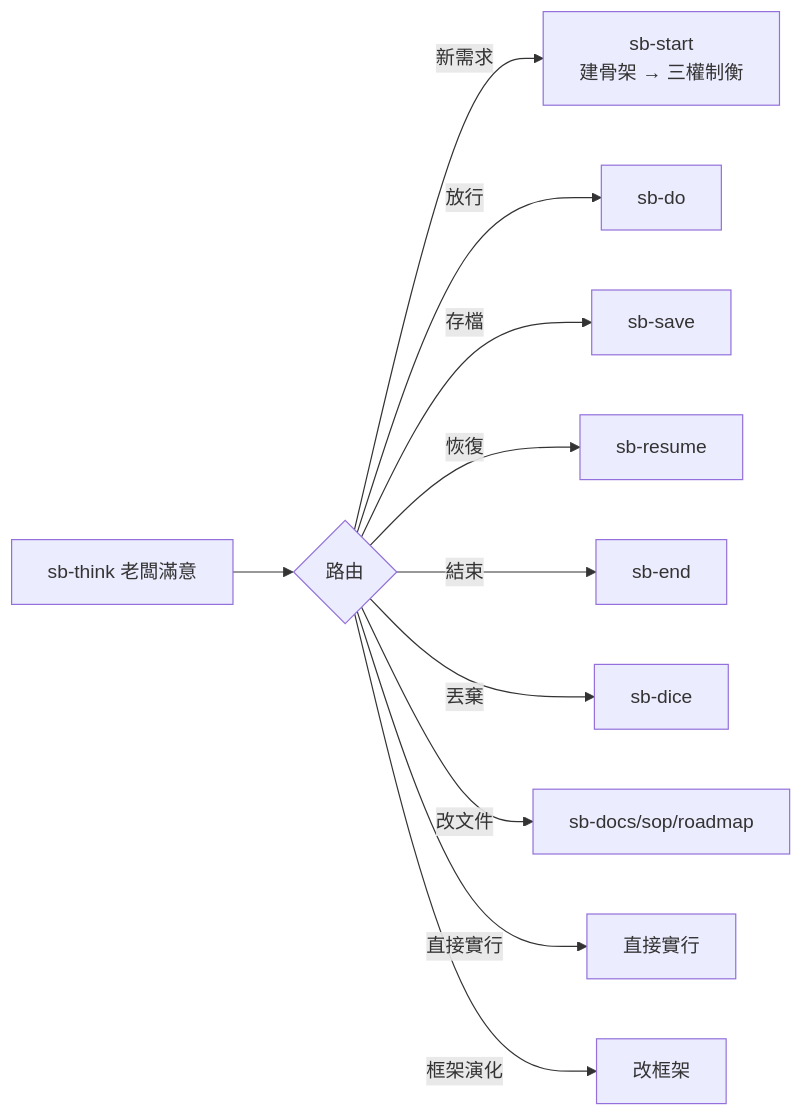
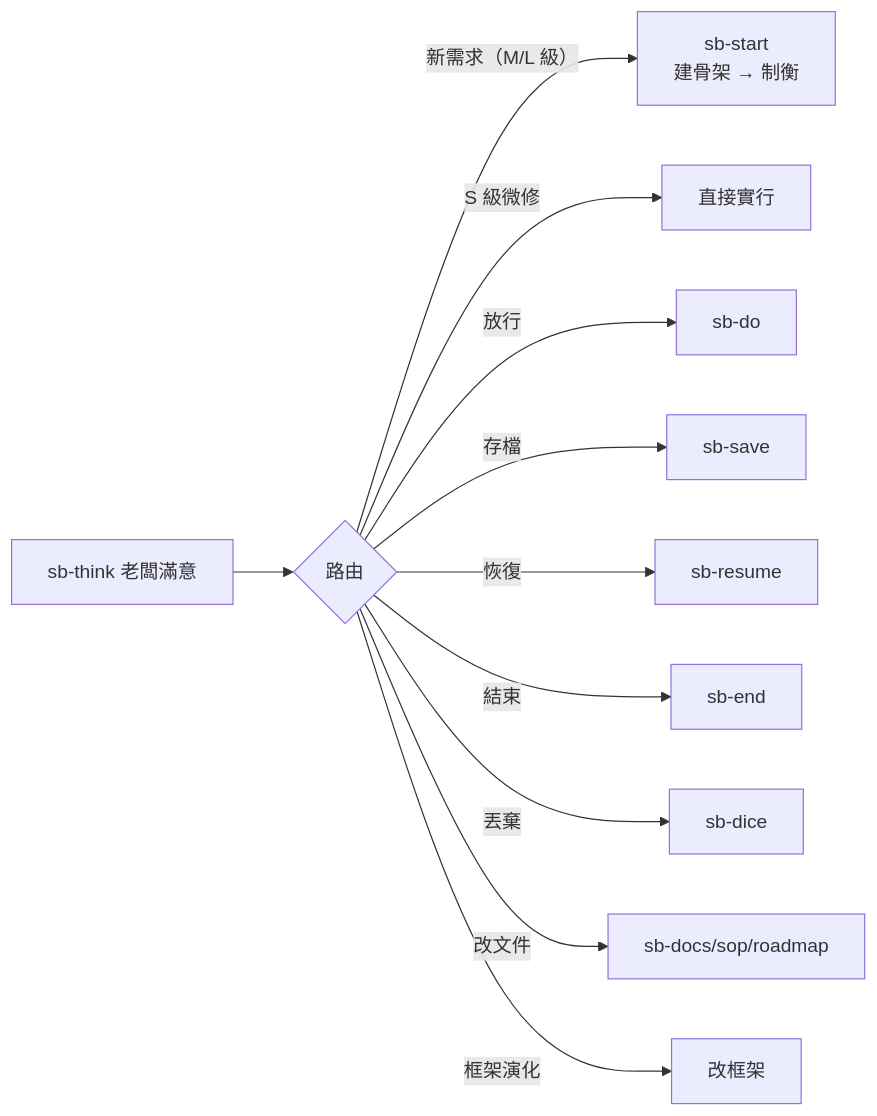
One commit to teps3105/shiftblame changed the fourth of 4 diagrams in skills/sb-think/SKILL.md. Above: the diagram before and after it, drawn with Mermaid. The commit also changed other lines of this file and 15 other files, not shown here.

````diff
--- a/skills/sb-think/SKILL.md
+++ b/skills/sb-think/SKILL.md
@@ -93,13 +93,13 @@
 ```mermaid
 flowchart LR
     T["sb-think 老闆滿意"] --> R{"路由"}
-    R -- 新需求 --> S["sb-start<br/>建骨架 → 三權制衡"]
+    R -- "新需求（M/L 級）" --> S["sb-start<br/>建骨架 → 制衡"]
+    R -- "S 級微修" --> D7["直接實行"]
     R -- 放行 --> D1["sb-do"]
     R -- 存檔 --> D2["sb-save"]
     R -- 恢復 --> D3["sb-resume"]
     R -- 結束 --> D4["sb-end"]
     R -- 丟棄 --> D5["sb-dice"]
     R -- 改文件 --> D6["sb-docs/sop/roadmap"]
-    R -- 直接實行 --> D7["直接實行"]
     R -- 框架演化 --> D8["改框架"]
 ```
````
